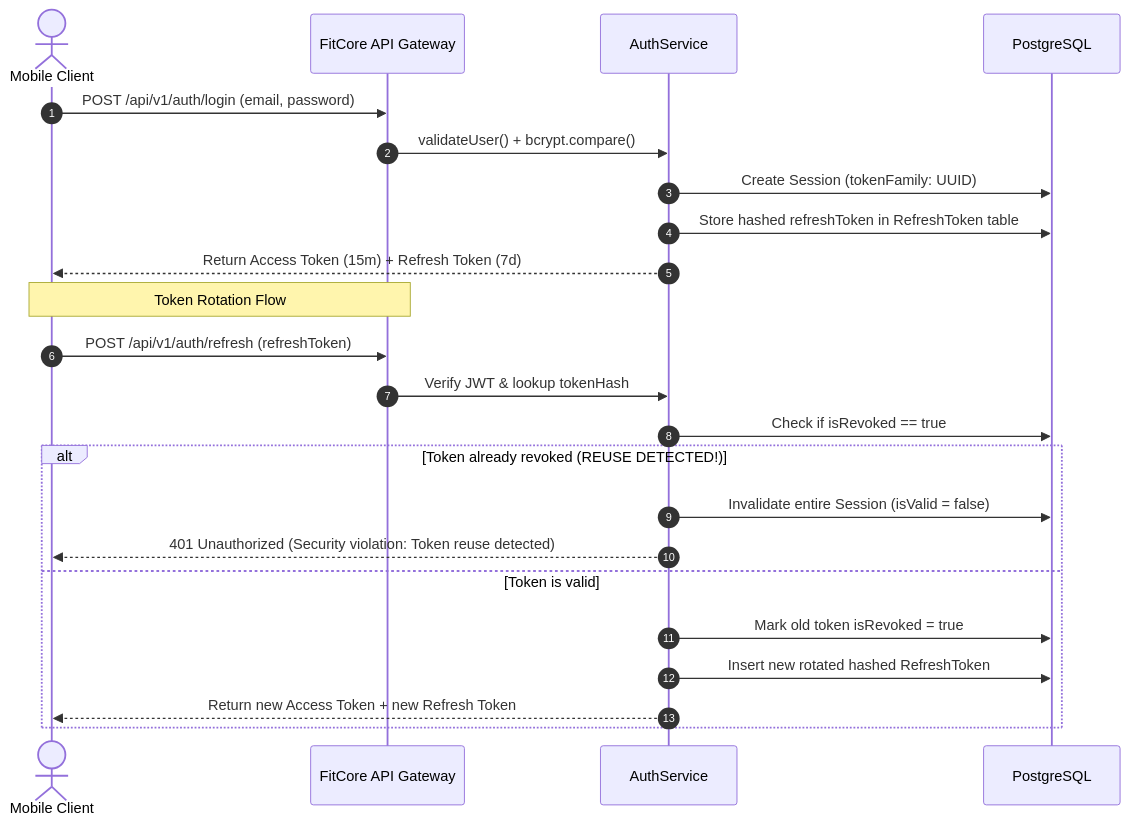
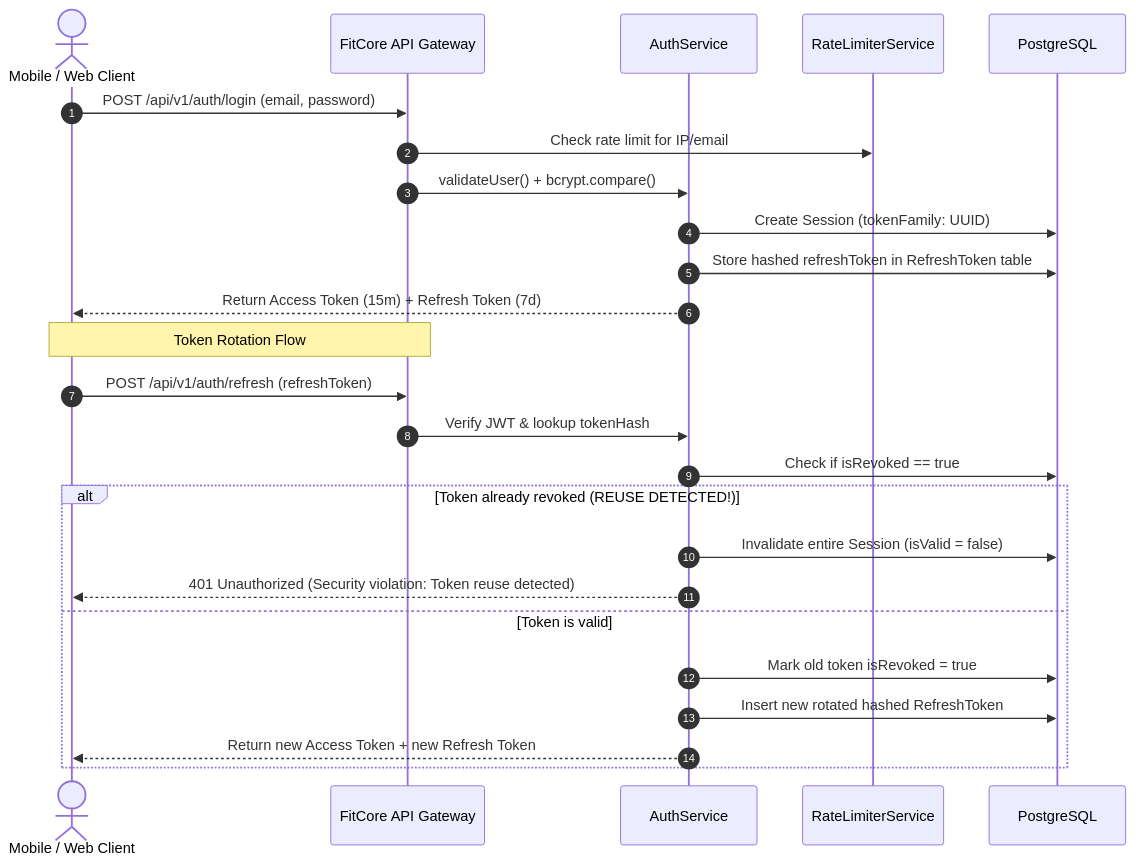
The diagram in docs/security/backend-security.md (Manoharaya/Gym-App), drawn with Mermaid before and after one commit. The commit also changed other lines of this file and 37 other files, not shown here.

````diff
--- a/docs/security/backend-security.md
+++ b/docs/security/backend-security.md
@@ -7,27 +7,29 @@
 ```mermaid
 sequenceDiagram
     autonumber
-    actor Client as Mobile Client
+    actor Client as Mobile / Web Client
     participant API as FitCore API Gateway
     participant Auth as AuthService
+    participant RL as RateLimiterService
     participant DB as PostgreSQL
 
     Client->>API: POST /api/v1/auth/login (email, password)
+    API->>RL: Check rate limit for IP/email
     API->>Auth: validateUser() + bcrypt.compare()
     Auth->>DB: Create Session (tokenFamily: UUID)
     Auth->>DB: Store hashed refreshToken in RefreshToken table
     Auth-->>Client: Return Access Token (15m) + Refresh Token (7d)
 
     Note over Client,API: Token Rotation Flow
     Client->>API: POST /api/v1/auth/refresh (refreshToken)
     API->>Auth: Verify JWT & lookup tokenHash
     Auth->>DB: Check if isRevoked == true
     alt Token already revoked (REUSE DETECTED!)
         Auth->>DB: Invalidate entire Session (isValid = false)
         Auth-->>Client: 401 Unauthorized (Security violation: Token reuse detected)
     else Token is valid
         Auth->>DB: Mark old token isRevoked = true
         Auth->>DB: Insert new rotated hashed RefreshToken
         Auth-->>Client: Return new Access Token + new Refresh Token
     end
 ```
````
